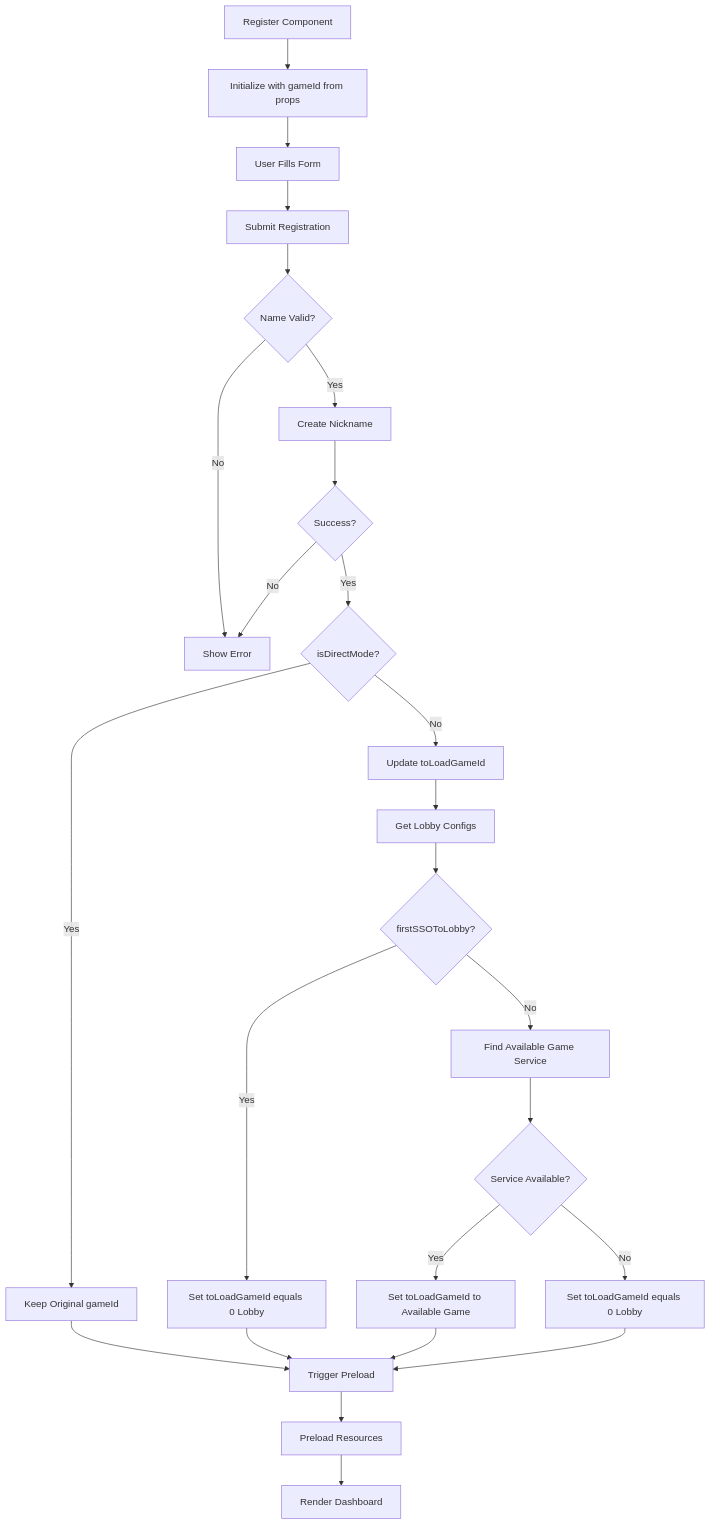
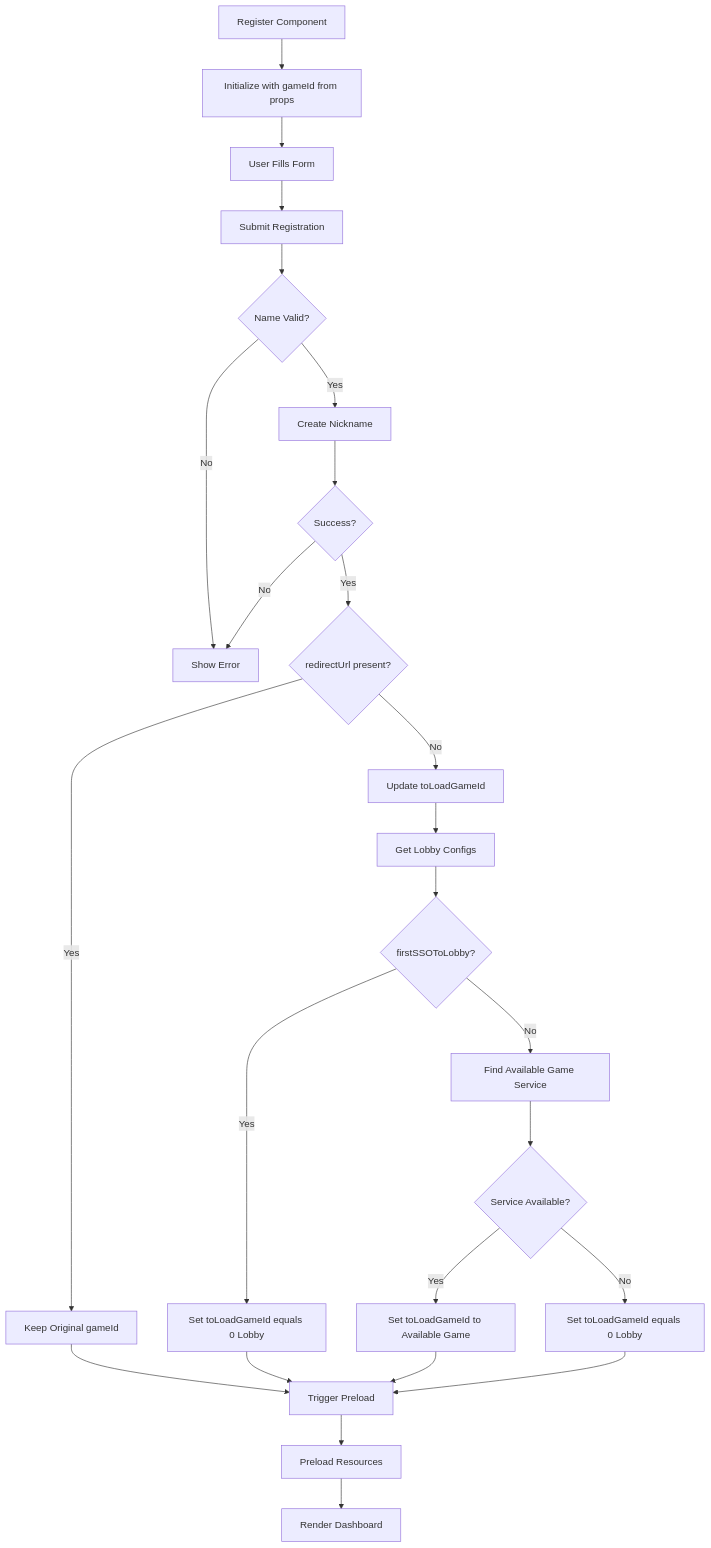
One commit to starixvn/l1_game-clients_original-games-client_original-games-client-html changed the third of 6 diagrams in docs/URL_Context_Analysis.md. Above: the diagram before and after it, drawn with Mermaid. The commit also changed other lines of this file and 32 other files, not shown here.

Commit message:
feat: now direct mode is the default mode so remove this term

````diff
--- a/docs/URL_Context_Analysis.md
+++ b/docs/URL_Context_Analysis.md
@@ -228,33 +217,33 @@
 ```mermaid
 flowchart TD
     A3[Register Component] --> B3[Initialize with gameId from props]
     B3 --> C3[User Fills Form]
     C3 --> D3[Submit Registration]
     D3 --> E3{Name Valid?}
     E3 -->|No| F3[Show Error]
     E3 -->|Yes| G3[Create Nickname]
 
     G3 --> H3{Success?}
     H3 -->|No| F3
-    H3 -->|Yes| I3{isDirectMode?}
+    H3 -->|Yes| I3{redirectUrl present?}
 
     I3 -->|Yes| J3[Keep Original gameId]
     I3 -->|No| K3[Update toLoadGameId]
 
     K3 --> L3[Get Lobby Configs]
     L3 --> M3{firstSSOToLobby?}
     M3 -->|Yes| N3[Set toLoadGameId equals 0 Lobby]
     M3 -->|No| O3[Find Available Game Service]
 
     O3 --> P3{Service Available?}
     P3 -->|Yes| Q3[Set toLoadGameId to Available Game]
     P3 -->|No| R3[Set toLoadGameId equals 0 Lobby]
 
     J3 --> S3[Trigger Preload]
     N3 --> S3
     Q3 --> S3
     R3 --> S3
 
     S3 --> T3[Preload Resources]
     T3 --> U3[Render Dashboard]
 ```
````
